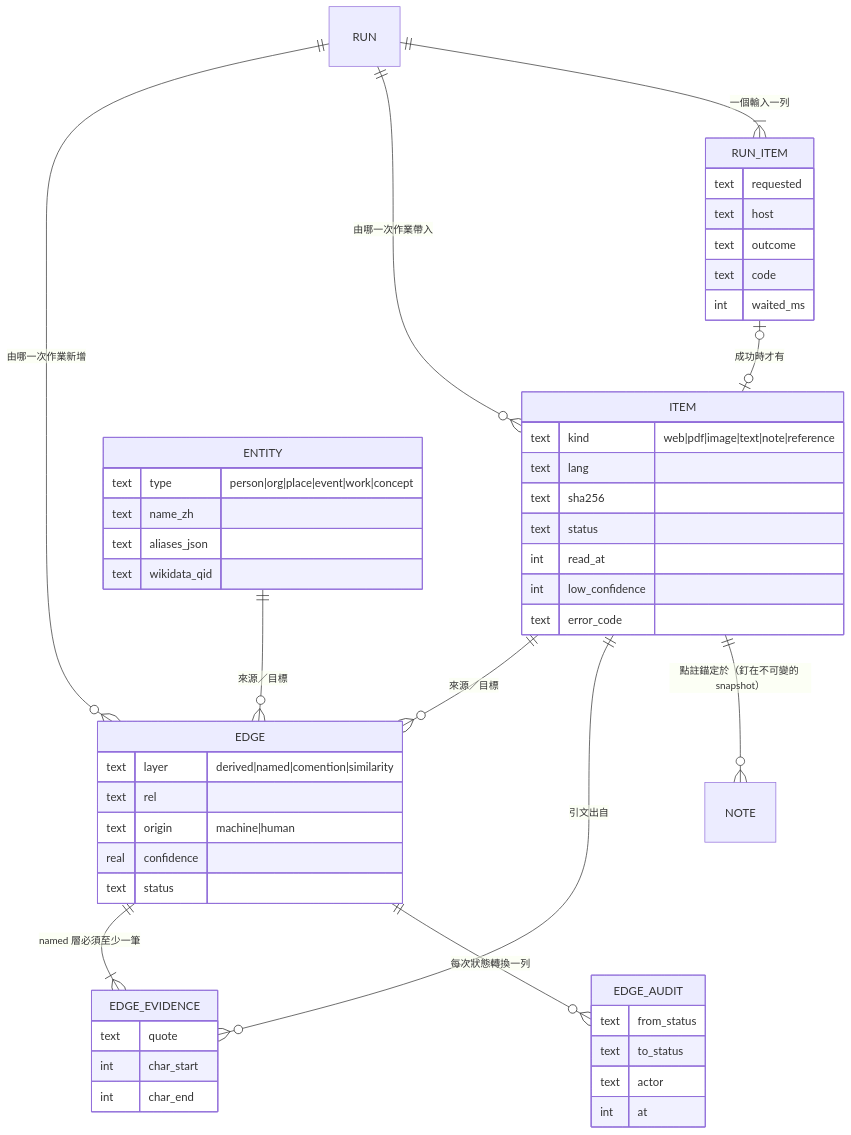
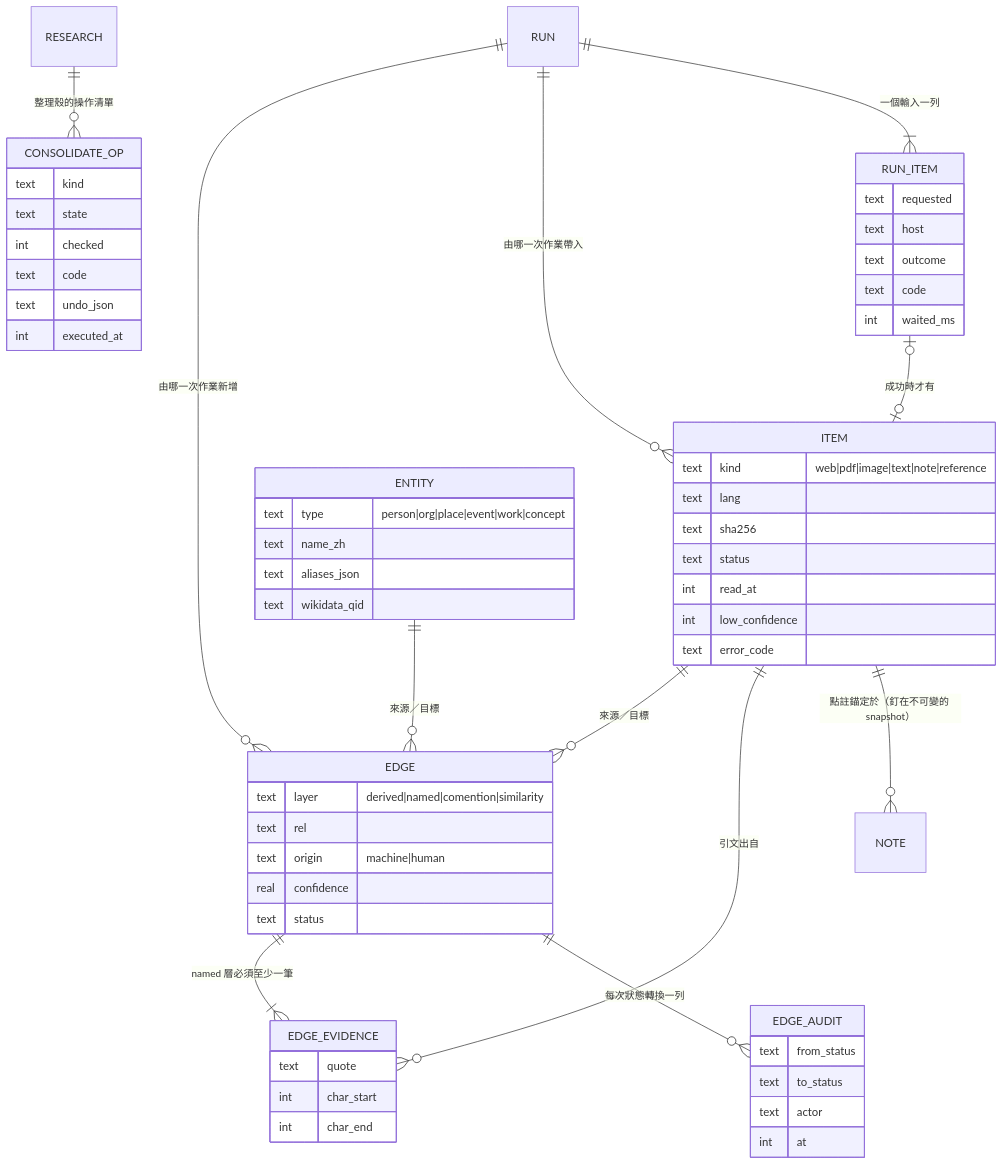
One commit to SpringRain555/cyclosa changed the diagram in docs/architecture/data-model.md. Above: the diagram before and after it, drawn with Mermaid. The commit also changed other lines of this file and 31 other files, not shown here.

````diff
--- a/docs/architecture/data-model.md
+++ b/docs/architecture/data-model.md
@@ -67,20 +68,22 @@
 ```mermaid
 erDiagram
   ITEM ||--o{ EDGE : "來源／目標"
   ENTITY ||--o{ EDGE : "來源／目標"
   EDGE ||--|{ EDGE_EVIDENCE : "named 層必須至少一筆"
   EDGE ||--o{ EDGE_AUDIT : "每次狀態轉換一列"
   ITEM ||--o{ EDGE_EVIDENCE : "引文出自"
   ITEM ||--o{ NOTE : "點註錨定於（釘在不可變的 snapshot）"
+  RESEARCH ||--o{ CONSOLIDATE_OP : "整理殼的操作清單"
   RUN ||--o{ EDGE : "由哪一次作業新增"
   RUN ||--o{ ITEM : "由哪一次作業帶入"
   RUN ||--|{ RUN_ITEM : "一個輸入一列"
   RUN_ITEM |o--o| ITEM : "成功時才有"
 
   ITEM { text kind "web|pdf|image|text|note|reference" text lang text sha256 text status int read_at int low_confidence text error_code }
   RUN_ITEM { text requested text host text outcome text code int waited_ms }
   ENTITY { text type "person|org|place|event|work|concept" text name_zh text aliases_json text wikidata_qid }
   EDGE { text layer "derived|named|comention|similarity" text rel text origin "machine|human" real confidence text status }
   EDGE_EVIDENCE { text quote int char_start int char_end }
   EDGE_AUDIT { text from_status text to_status text actor int at }
+  CONSOLIDATE_OP { text kind text state int checked text code text undo_json int executed_at }
 ```
````
